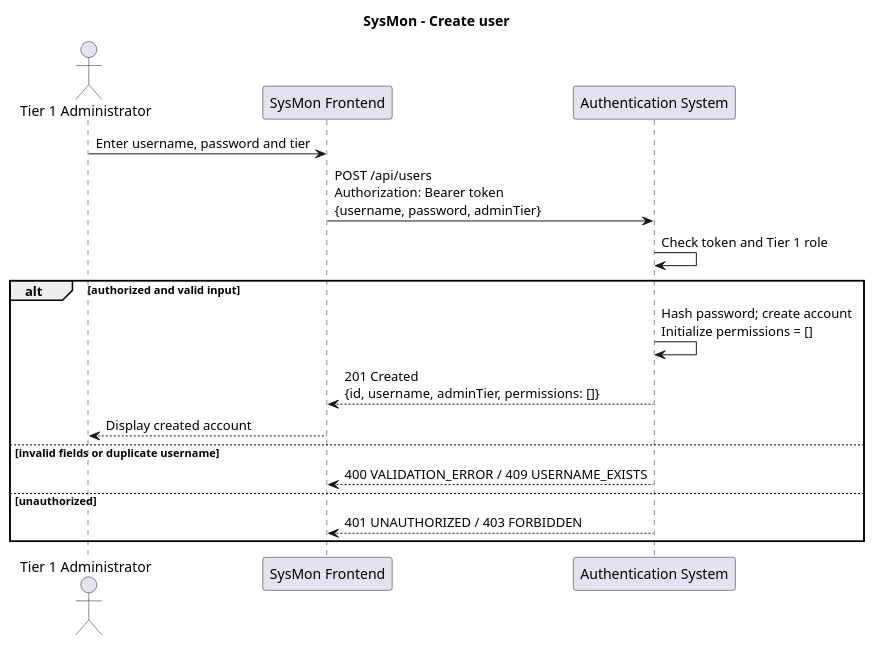
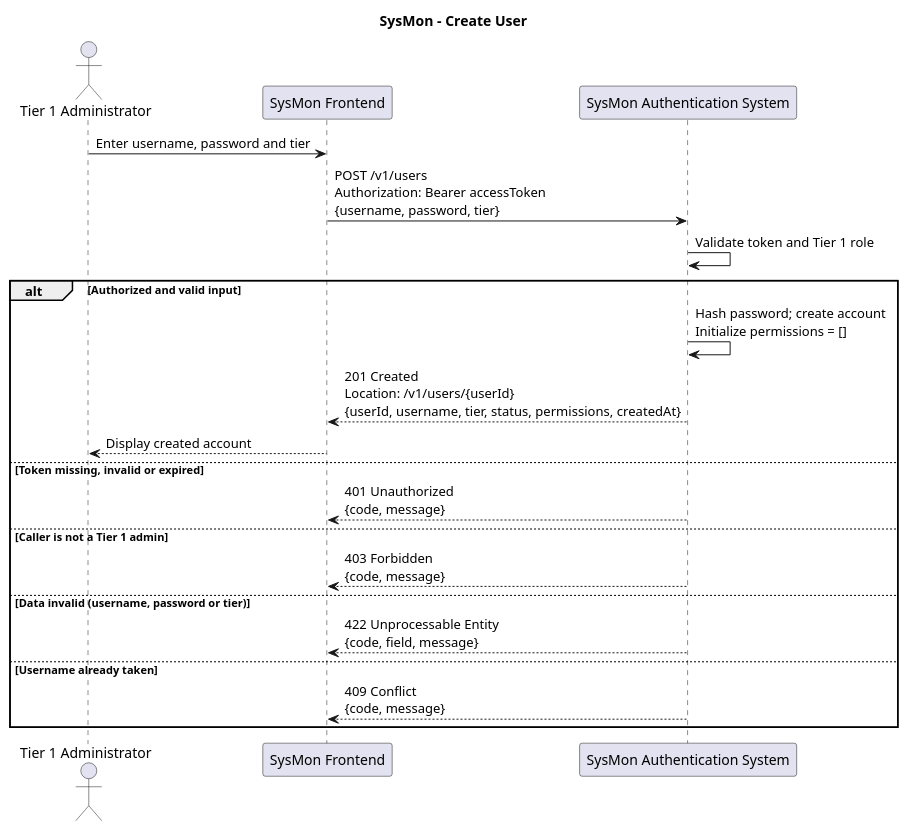
The diagram in Task3/sequence_diagrams/src/02_create_user.puml (hriday111/SysMon), drawn with PlantUML before and after one commit. The commit also changed 16 other files, not shown here.

```diff
--- a/Task3/sequence_diagrams/src/02_create_user.puml
+++ b/Task3/sequence_diagrams/src/02_create_user.puml
@@ -1,18 +1,26 @@
 @startuml
- title SysMon - Create user
- actor "Tier 1 Administrator" as A
- participant "SysMon Frontend" as FE
- participant "Authentication System" as AUTH
- A -> FE: Enter username, password and tier
- FE -> AUTH: POST /api/users\nAuthorization: Bearer token\n{username, password, adminTier}
- AUTH -> AUTH: Check token and Tier 1 role
- alt authorized and valid input
-   AUTH -> AUTH: Hash password; create account\nInitialize permissions = []
-   AUTH --> FE: 201 Created\n{id, username, adminTier, permissions: []}
-   FE --> A: Display created account
- else invalid fields or duplicate username
-   AUTH --> FE: 400 VALIDATION_ERROR / 409 USERNAME_EXISTS
- else unauthorized
-   AUTH --> FE: 401 UNAUTHORIZED / 403 FORBIDDEN
- end
+title SysMon - Create User
+
+actor "Tier 1 Administrator" as A
+participant "SysMon Frontend" as FE
+participant "SysMon Authentication System" as AUTH
+
+A -> FE : Enter username, password and tier
+FE -> AUTH : POST /v1/users\nAuthorization: Bearer accessToken\n{username, password, tier}
+AUTH -> AUTH : Validate token and Tier 1 role
+
+alt Authorized and valid input
+  AUTH -> AUTH : Hash password; create account\nInitialize permissions = []
+  AUTH --> FE : 201 Created\nLocation: /v1/users/{userId}\n{userId, username, tier, status, permissions, createdAt}
+  FE --> A : Display created account
+else Token missing, invalid or expired
+  AUTH --> FE : 401 Unauthorized\n{code, message}
+else Caller is not a Tier 1 admin
+  AUTH --> FE : 403 Forbidden\n{code, message}
+else Data invalid (username, password or tier)
+  AUTH --> FE : 422 Unprocessable Entity\n{code, field, message}
+else Username already taken
+  AUTH --> FE : 409 Conflict\n{code, message}
+end
+
 @enduml
```
